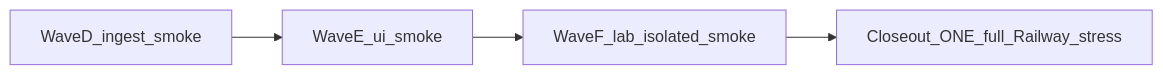
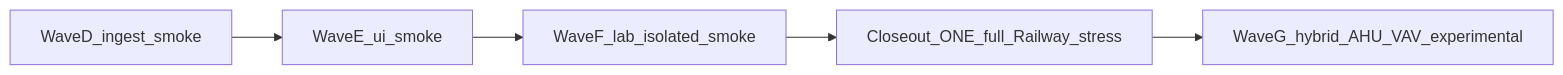
Before and after one commit to bbartling/open-fdd: the diagram in docs/operations/patch_trains/openfdd_post_3.3.33_soft_open_program.plan.md, drawn with Mermaid. The commit also changed other lines of this file and 3 other files, not shown here.

First line of the commit message:
docs: add Wave G hybrid AHU/VAV train after OT closeout

````diff
--- a/docs/operations/patch_trains/openfdd_post_3.3.33_soft_open_program.plan.md
+++ b/docs/operations/patch_trains/openfdd_post_3.3.33_soft_open_program.plan.md
@@ -36,8 +45,9 @@
 ```mermaid
 flowchart LR
   waveD[WaveD_ingest_smoke]
   waveE[WaveE_ui_smoke]
   waveF[WaveF_lab_isolated_smoke]
   closeout[Closeout_ONE_full_Railway_stress]
-  waveD --> waveE --> waveF --> closeout
+  waveG[WaveG_hybrid_AHU_VAV_experimental]
+  waveD --> waveE --> waveF --> closeout --> waveG
 ```
````
